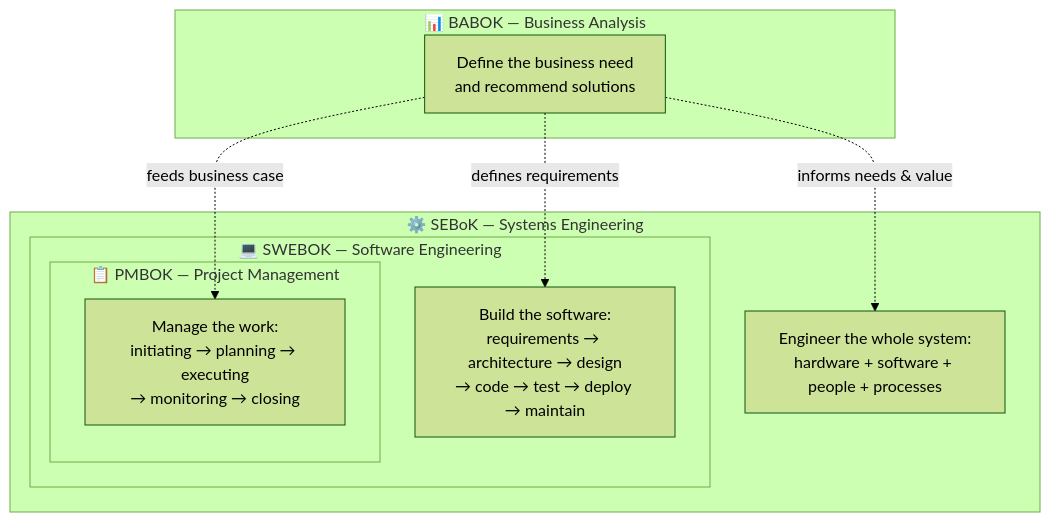
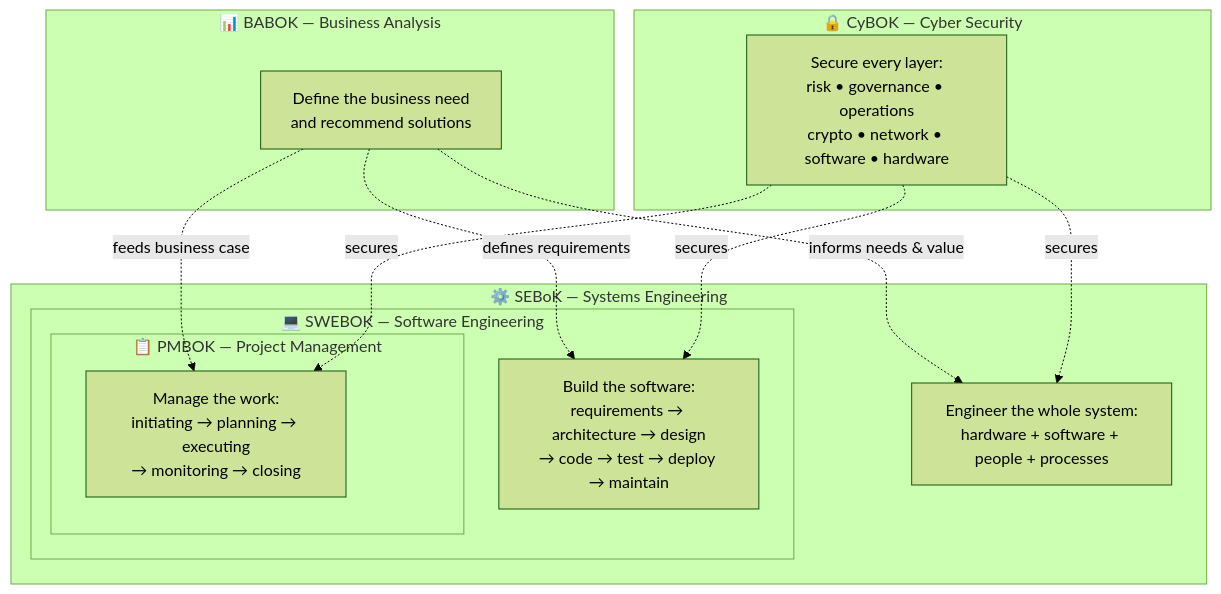
Before and after one commit to oat431/swe-knowledge: the diagram in software-engineering-note/Body of Knowledge/Body of Knowledge - Overview.md, drawn with Mermaid (forest theme). The commit also changed other lines of this file and 22 other files, not shown here.

````diff
--- a/software-engineering-note/Body of Knowledge/Body of Knowledge - Overview.md
+++ b/software-engineering-note/Body of Knowledge/Body of Knowledge - Overview.md
@@ -75,20 +92,27 @@
 ```mermaid
 flowchart TD
+    subgraph CyBOK_GRP["🔒 CyBOK — Cyber Security"]
+        CYBER["Secure every layer:\nrisk • governance • operations\ncrypto • network • software • hardware"]
+    end
+
     subgraph BABOK_GRP["📊 BABOK — Business Analysis"]
         BA["Define the business need\nand recommend solutions"]
     end
 
     subgraph SEBoK_GRP["⚙️ SEBoK — Systems Engineering"]
         SE["Engineer the whole system:\nhardware + software + people + processes"]
         subgraph SWEBOK_GRP["💻 SWEBOK — Software Engineering"]
             SW["Build the software:\nrequirements → architecture → design\n→ code → test → deploy → maintain"]
             subgraph PMBOK_GRP["📋 PMBOK — Project Management"]
                 PM["Manage the work:\ninitiating → planning → executing\n→ monitoring → closing"]
             end
         end
     end
 
     BA -.->|"informs needs & value"| SE
     BA -.->|"defines requirements"| SW
     BA -.->|"feeds business case"| PM
+    CYBER -.->|"secures"| SE
+    CYBER -.->|"secures"| SW
+    CYBER -.->|"secures"| PM
 ```
````
